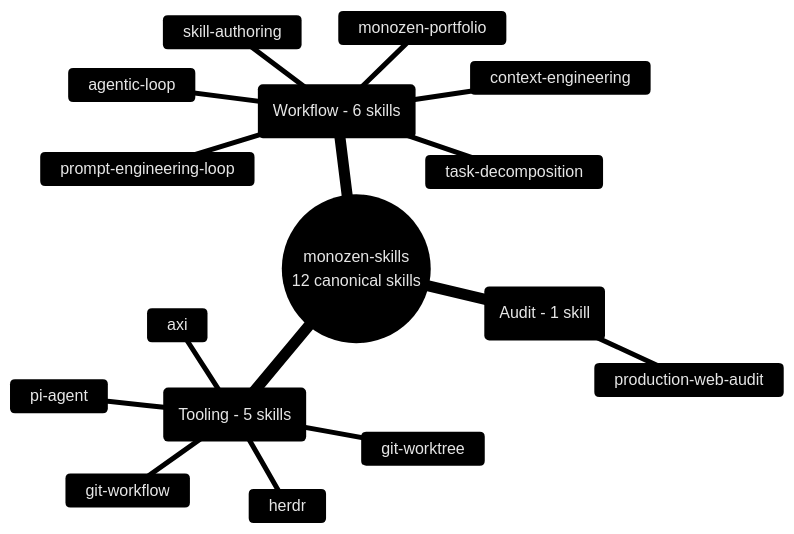
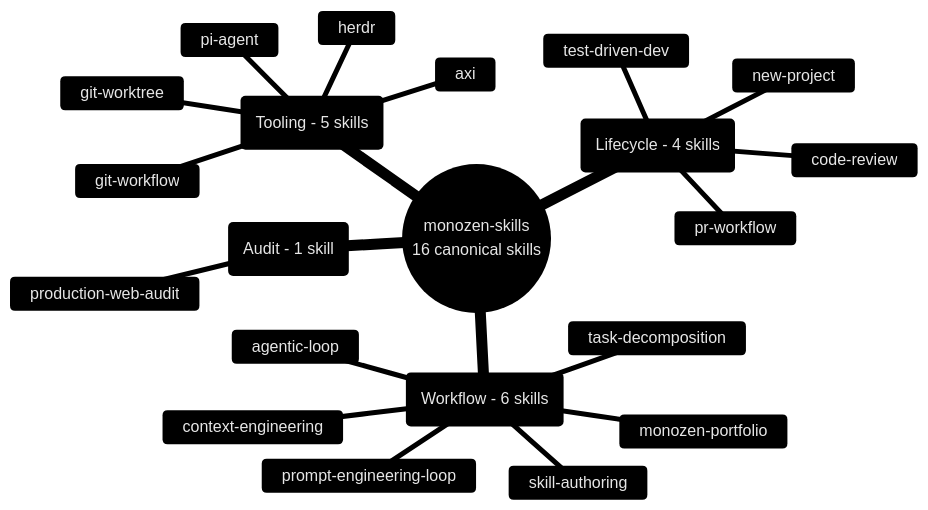
Before and after one commit to 8-BitRhyon/monozen-skills: the diagram in assets/skill-taxonomy.mmd, drawn with Mermaid. The commit also changed 16 other files, not shown here.

```diff
--- a/assets/skill-taxonomy.mmd
+++ b/assets/skill-taxonomy.mmd
@@ -1,19 +1,24 @@
 %%{init: {'theme': 'base', 'themeVariables': {'primaryColor': '#1a1a2e', 'primaryTextColor': '#e6e6e6', 'primaryBorderColor': '#8b7eff', 'lineColor': '#5a5a8a', 'secondaryColor': '#12132b', 'tertiaryColor': '#0b0c15', 'fontFamily': 'Inter, system-ui, sans-serif'}}}%%
 
 mindmap
-  root((monozen-skills<br/>12 canonical skills))
+  root((monozen-skills<br/>16 canonical skills))
+    ::_(Lifecycle - 4 skills)
+      new-project
+      test-driven-dev
+      code-review
+      pr-workflow
     ::_(Workflow - 6 skills)
       agentic-loop
       monozen-portfolio
       task-decomposition
       context-engineering
       prompt-engineering-loop
       skill-authoring
     ::_(Audit - 1 skill)
       production-web-audit
     ::_(Tooling - 5 skills)
       axi
       pi-agent
       herdr
       git-worktree
       git-workflow
```
